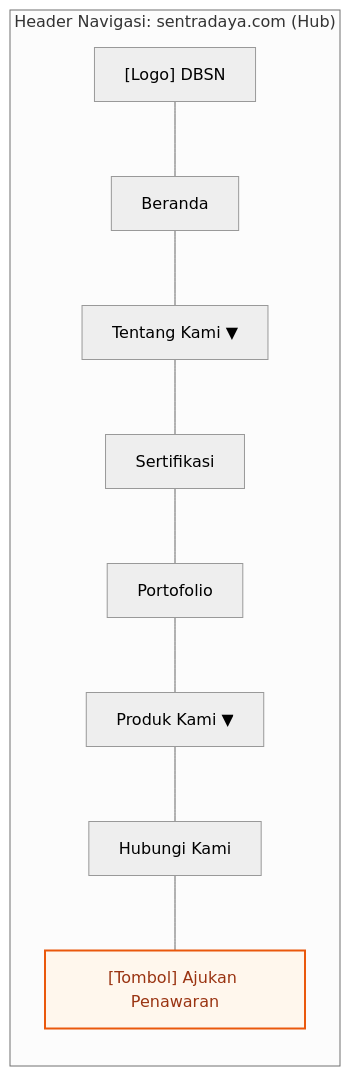
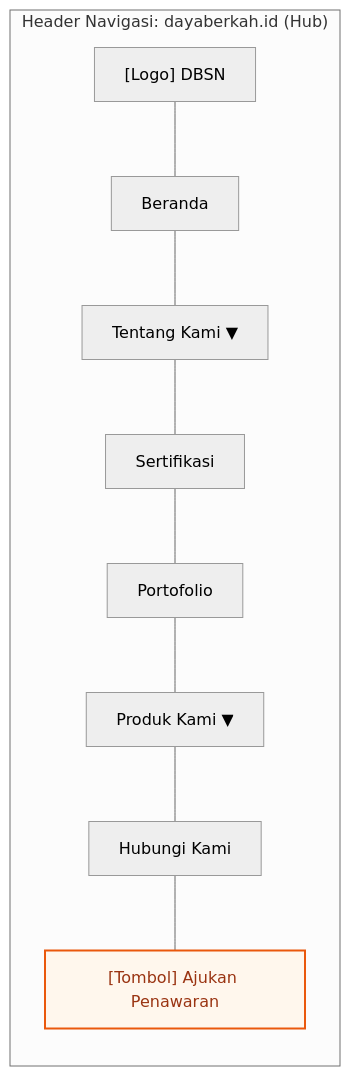
Before and after one commit to pxrzival404/arostech-hub: the first of 3 diagrams in docs/core/information-architecture/ia-strategy-navigation.md, drawn with Mermaid. The commit also changed other lines of this file and 27 other files, not shown here.

````diff
--- a/docs/core/information-architecture/ia-strategy-navigation.md
+++ b/docs/core/information-architecture/ia-strategy-navigation.md
@@ -42,23 +42,23 @@
 ```mermaid
 ---
 config:
   layout: dagre
   theme: neutral
 ---
 flowchart LR
     classDef entry fill:#fef3c7,stroke:#d97706,stroke-width:2px,color:#92400e
     classDef conversion fill:#fff7ed,stroke:#ea580c,stroke-width:2px,color:#9a3412
 
- subgraph HEADER_HUB["Header Navigasi: sentradaya.com (Hub)"]
+ subgraph HEADER_HUB["Header Navigasi: dayaberkah.id (Hub)"]
         H_LOGO["[Logo] DBSN"]
         H_NAV1["Beranda"]
         H_NAV2["Tentang Kami ▼"]
         H_NAV3["Sertifikasi"]
         H_NAV4["Portofolio"]
         H_NAV5["Produk Kami ▼"]
         H_NAV6["Hubungi Kami"]
         H_CTA["[Tombol] Ajukan Penawaran"]
  end
     H_LOGO --- H_NAV1 --- H_NAV2 --- H_NAV3 --- H_NAV4 --- H_NAV5 --- H_NAV6 --- H_CTA
     class H_CTA conversion
 ```
````
